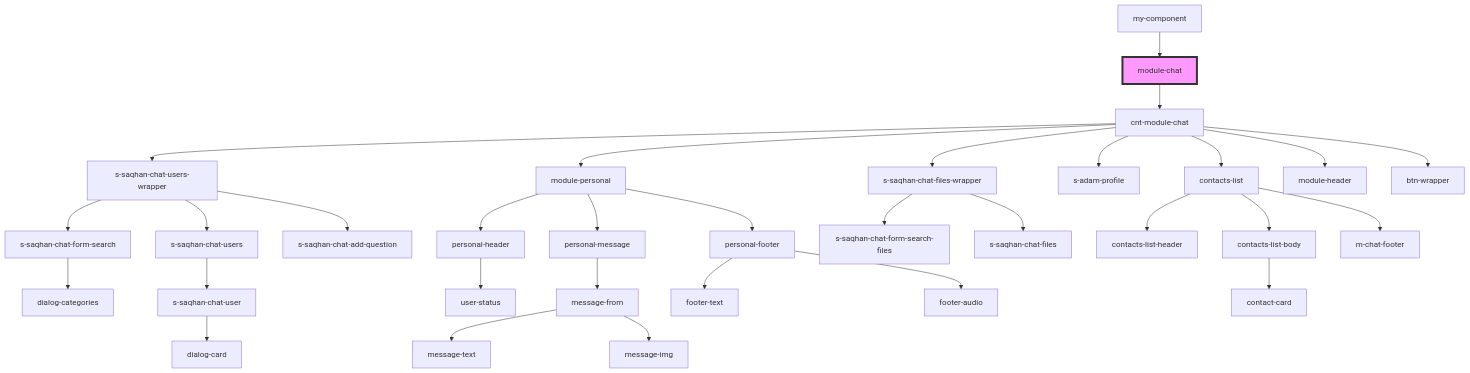
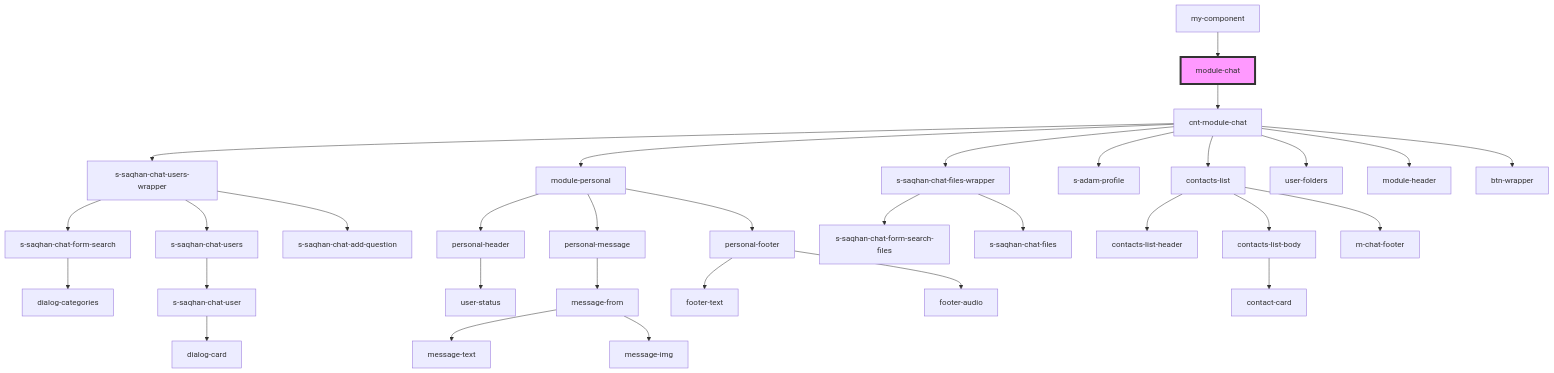
Before and after one commit to saqhan/stencil-chat: the diagram in src/components/module/module-chat/readme.md, drawn with Mermaid. The commit also changed 23 other files, not shown here.

````diff
--- a/src/components/module/module-chat/readme.md
+++ b/src/components/module/module-chat/readme.md
@@ -19,34 +19,35 @@
 ```mermaid
 graph TD;
   module-chat --> cnt-module-chat
   cnt-module-chat --> s-saqhan-chat-users-wrapper
   cnt-module-chat --> module-personal
   cnt-module-chat --> s-saqhan-chat-files-wrapper
   cnt-module-chat --> s-adam-profile
   cnt-module-chat --> contacts-list
+  cnt-module-chat --> user-folders
   cnt-module-chat --> module-header
   cnt-module-chat --> btn-wrapper
   s-saqhan-chat-users-wrapper --> s-saqhan-chat-form-search
   s-saqhan-chat-users-wrapper --> s-saqhan-chat-users
   s-saqhan-chat-users-wrapper --> s-saqhan-chat-add-question
   s-saqhan-chat-form-search --> dialog-categories
   s-saqhan-chat-users --> s-saqhan-chat-user
   s-saqhan-chat-user --> dialog-card
   module-personal --> personal-header
   module-personal --> personal-message
   module-personal --> personal-footer
   personal-header --> user-status
   personal-message --> message-from
   message-from --> message-text
   message-from --> message-img
   personal-footer --> footer-text
   personal-footer --> footer-audio
   s-saqhan-chat-files-wrapper --> s-saqhan-chat-form-search-files
   s-saqhan-chat-files-wrapper --> s-saqhan-chat-files
   contacts-list --> contacts-list-header
   contacts-list --> contacts-list-body
   contacts-list --> m-chat-footer
   contacts-list-body --> contact-card
   my-component --> module-chat
   style module-chat fill:#f9f,stroke:#333,stroke-width:4px
 ```
````
